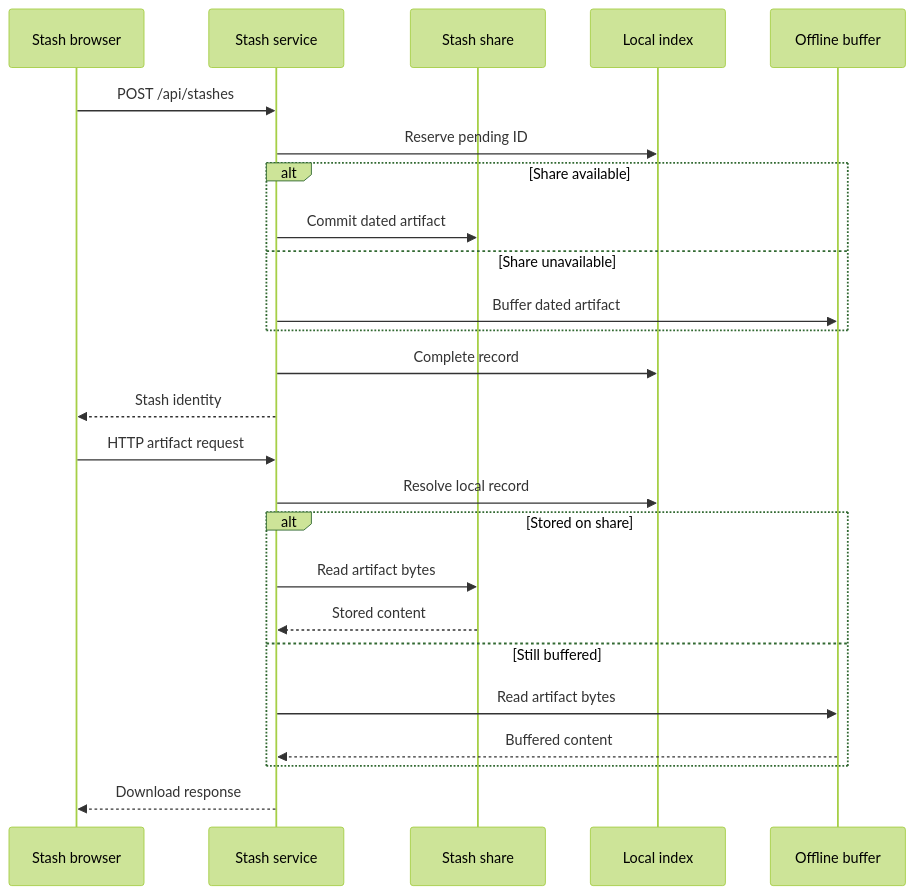
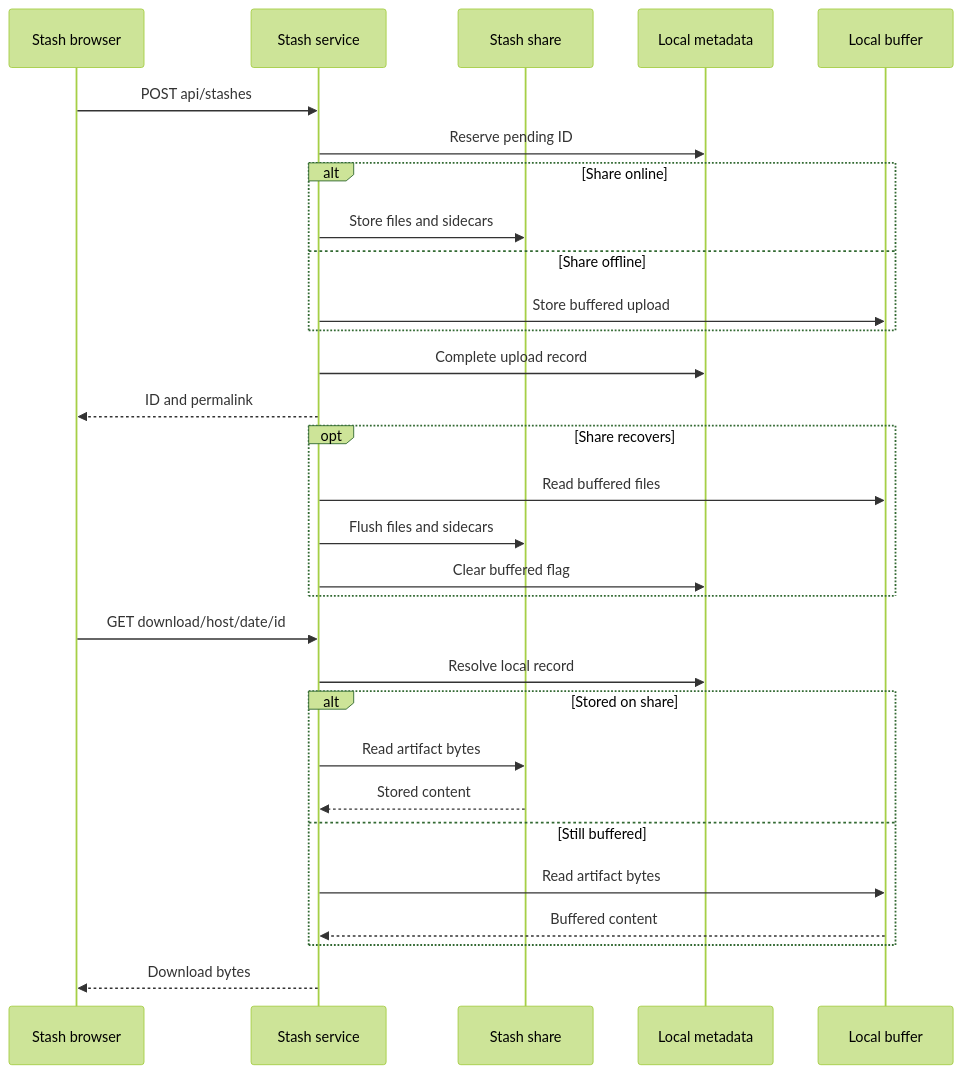
The fourth of 8 diagrams in docs/design/03-data-flows.md (alissonsol/yuruna), drawn with Mermaid (forest theme) before and after one commit. The commit also changed other lines of this file and 1343 other files, not shown here.

````diff
--- a/docs/design/03-data-flows.md
+++ b/docs/design/03-data-flows.md
@@ -179,27 +117,32 @@
 ```mermaid
 sequenceDiagram
-    participant new-html as Stash browser
+    participant new-js as Stash browser
     participant stash-service as Stash service
-    participant store-go as Stash share
-    participant metadata-index as Local index
-    participant offline-buffer as Offline buffer
-    new-html->>stash-service: POST /api/stashes
-    stash-service->>metadata-index: Reserve pending ID
-    alt Share available
-        stash-service->>store-go: Commit dated artifact
-    else Share unavailable
-        stash-service->>offline-buffer: Buffer dated artifact
+    participant stash as Stash share
+    participant stash-sqlite as Local metadata
+    participant buffer as Local buffer
+    new-js->>stash-service: POST api/stashes
+    stash-service->>stash-sqlite: Reserve pending ID
+    alt Share online
+        stash-service->>stash: Store files and sidecars
+    else Share offline
+        stash-service->>buffer: Store buffered upload
     end
-    stash-service->>metadata-index: Complete record
-    stash-service-->>new-html: Stash identity
-    new-html->>stash-service: HTTP artifact request
-    stash-service->>metadata-index: Resolve local record
+    stash-service->>stash-sqlite: Complete upload record
+    stash-service-->>new-js: ID and permalink
+    opt Share recovers
+        stash-service->>buffer: Read buffered files
+        stash-service->>stash: Flush files and sidecars
+        stash-service->>stash-sqlite: Clear buffered flag
+    end
+    new-js->>stash-service: GET download/host/date/id
+    stash-service->>stash-sqlite: Resolve local record
     alt Stored on share
-        stash-service->>store-go: Read artifact bytes
-        store-go-->>stash-service: Stored content
+        stash-service->>stash: Read artifact bytes
+        stash-->>stash-service: Stored content
     else Still buffered
-        stash-service->>offline-buffer: Read artifact bytes
-        offline-buffer-->>stash-service: Buffered content
+        stash-service->>buffer: Read artifact bytes
+        buffer-->>stash-service: Buffered content
     end
-    stash-service-->>new-html: Download response
+    stash-service-->>new-js: Download bytes
 ```
````
